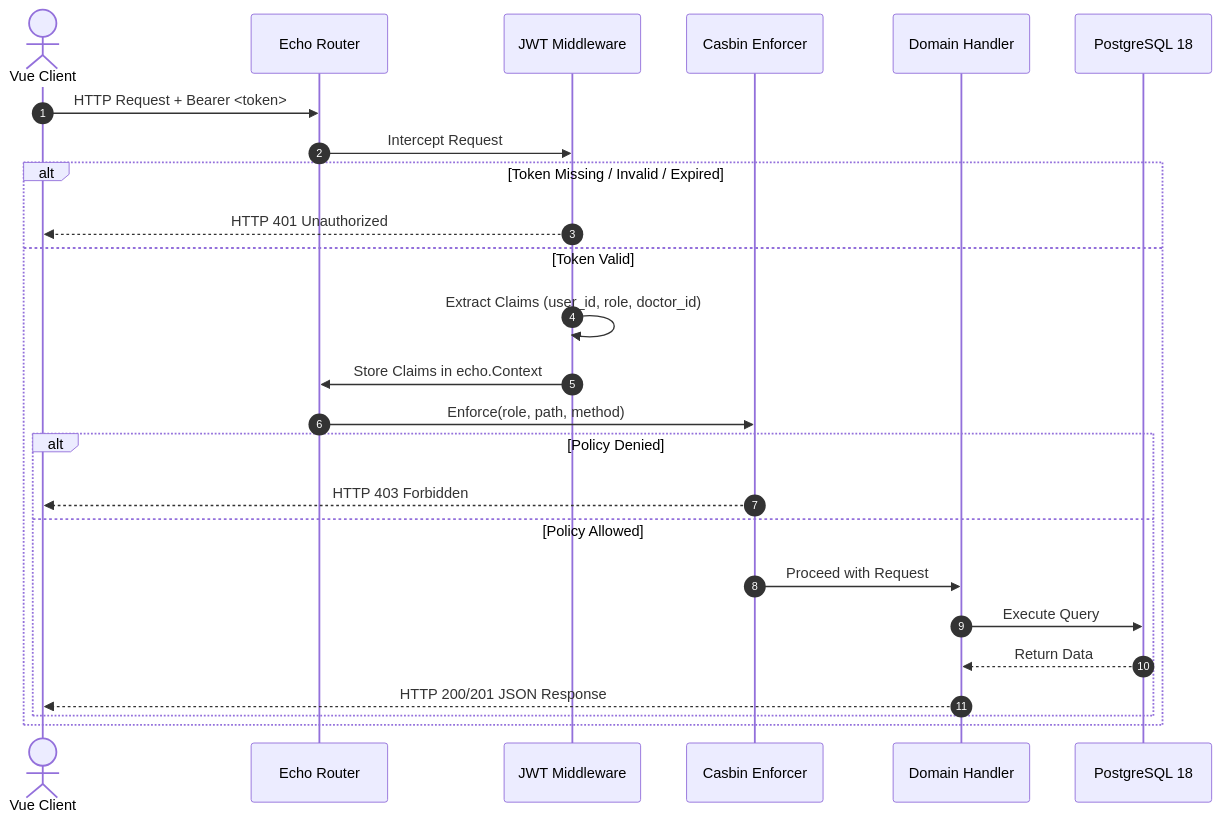
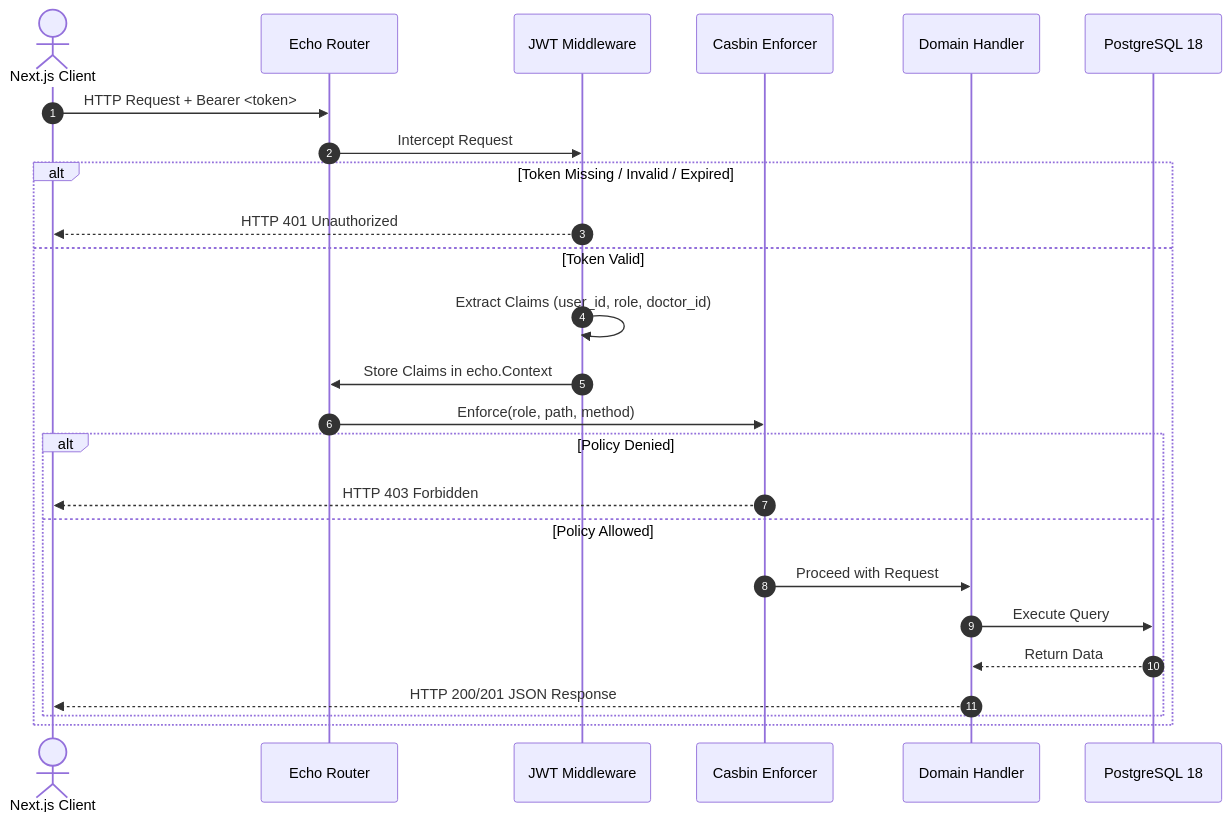
Before and after one commit to Ahmad-mufied/clinic-queue: the diagram in docs/tech/01-auth-rbac-tech.md, drawn with Mermaid. The commit also changed 5 other files, not shown here.

First line of the commit message:
docs(frontend): document Next.js 15, Radix UI, and shadcn/ui architecture

````diff
--- a/docs/tech/01-auth-rbac-tech.md
+++ b/docs/tech/01-auth-rbac-tech.md
@@ -18,28 +18,28 @@
 ```mermaid
 sequenceDiagram
     autonumber
-    actor Client as Vue Client
+    actor Client as Next.js Client
     participant Echo as Echo Router
     participant JWT as JWT Middleware
     participant Casbin as Casbin Enforcer
     participant Handler as Domain Handler
     participant DB as PostgreSQL 18
 
     Client->>Echo: HTTP Request + Bearer <token>
     Echo->>JWT: Intercept Request
     alt Token Missing / Invalid / Expired
         JWT-->>Client: HTTP 401 Unauthorized
     else Token Valid
         JWT->>JWT: Extract Claims (user_id, role, doctor_id)
         JWT->>Echo: Store Claims in echo.Context
         Echo->>Casbin: Enforce(role, path, method)
         alt Policy Denied
             Casbin-->>Client: HTTP 403 Forbidden
         else Policy Allowed
             Casbin->>Handler: Proceed with Request
             Handler->>DB: Execute Query
             DB-->>Handler: Return Data
             Handler-->>Client: HTTP 200/201 JSON Response
         end
     end
 ```
````
